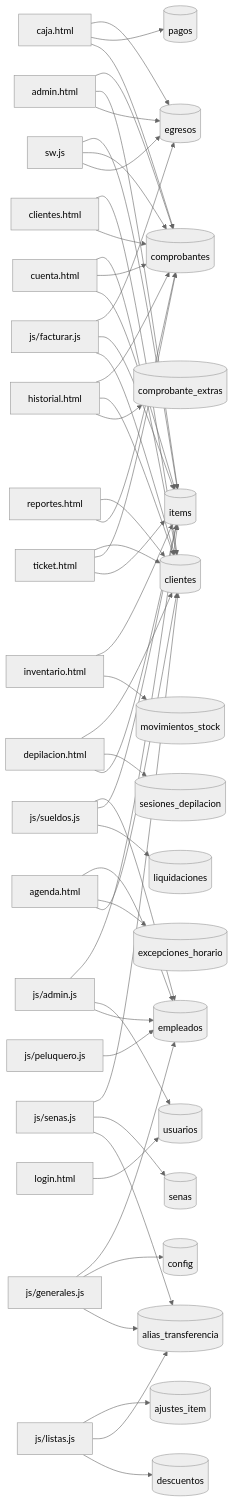
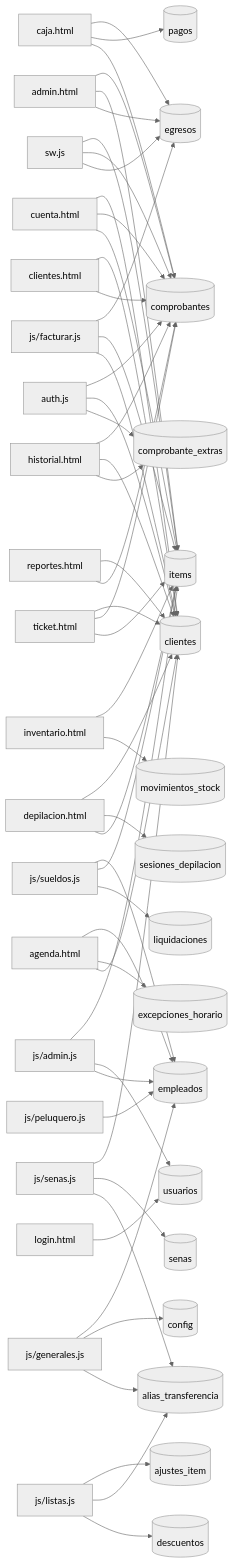
Before and after one commit to nicovazzoler/salon_ivana: the second of 2 diagrams in ARQUITECTURA.md, drawn with Mermaid (neutral theme). The commit also changed other lines of this file, not shown here.

```diff
--- a/ARQUITECTURA.md
+++ b/ARQUITECTURA.md
@@ -43,6 +43,11 @@
   Pagendahtml --> Texcepcionesh
   Tclientes[("clientes")]
   Pagendahtml --> Tclientes
+  Pauthjs["auth.js"]
+  Pauthjs --> Tcomprobantes
+  Pauthjs --> Tclientes
+  Tcomprobantee[("comprobante_extras")]
+  Pauthjs --> Tcomprobantee
   Pcajahtml["caja.html"]
   Pcajahtml --> Tegresos
   Tpagos[("pagos")]
@@ -63,7 +68,6 @@
   Phistorialhtml["historial.html"]
   Phistorialhtml --> Tcomprobantes
   Phistorialhtml --> Tclientes
-  Tcomprobantee[("comprobante_extras")]
   Phistorialhtml --> Tcomprobantee
   Pinventariohtml["inventario.html"]
   Pinventariohtml --> Titems
```
